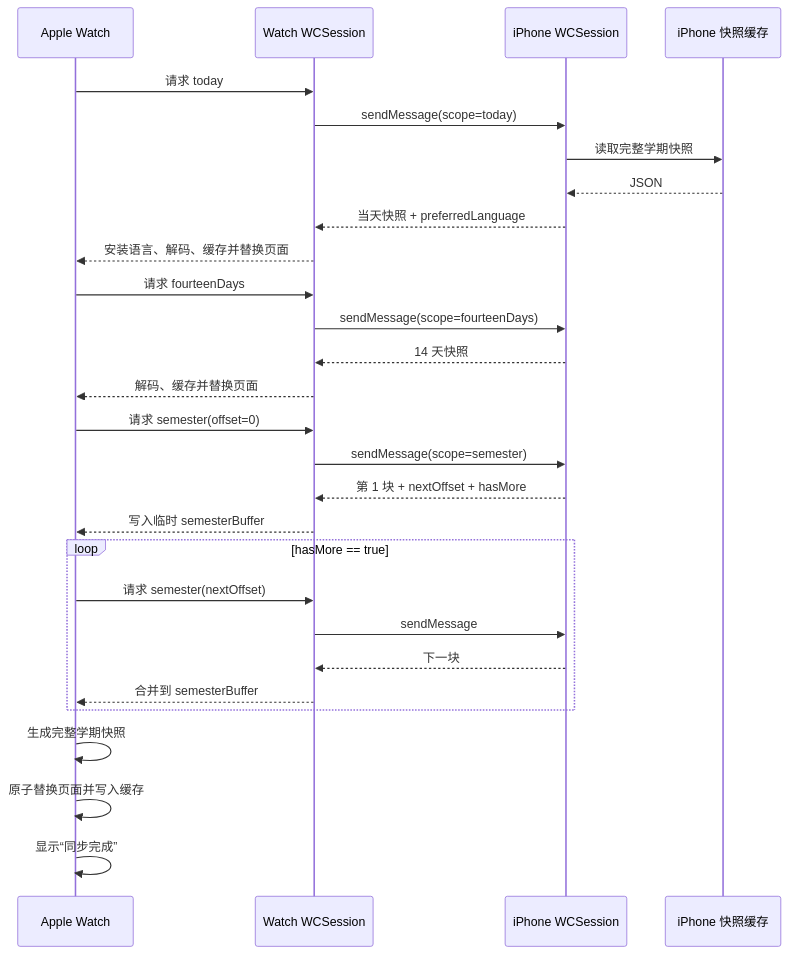
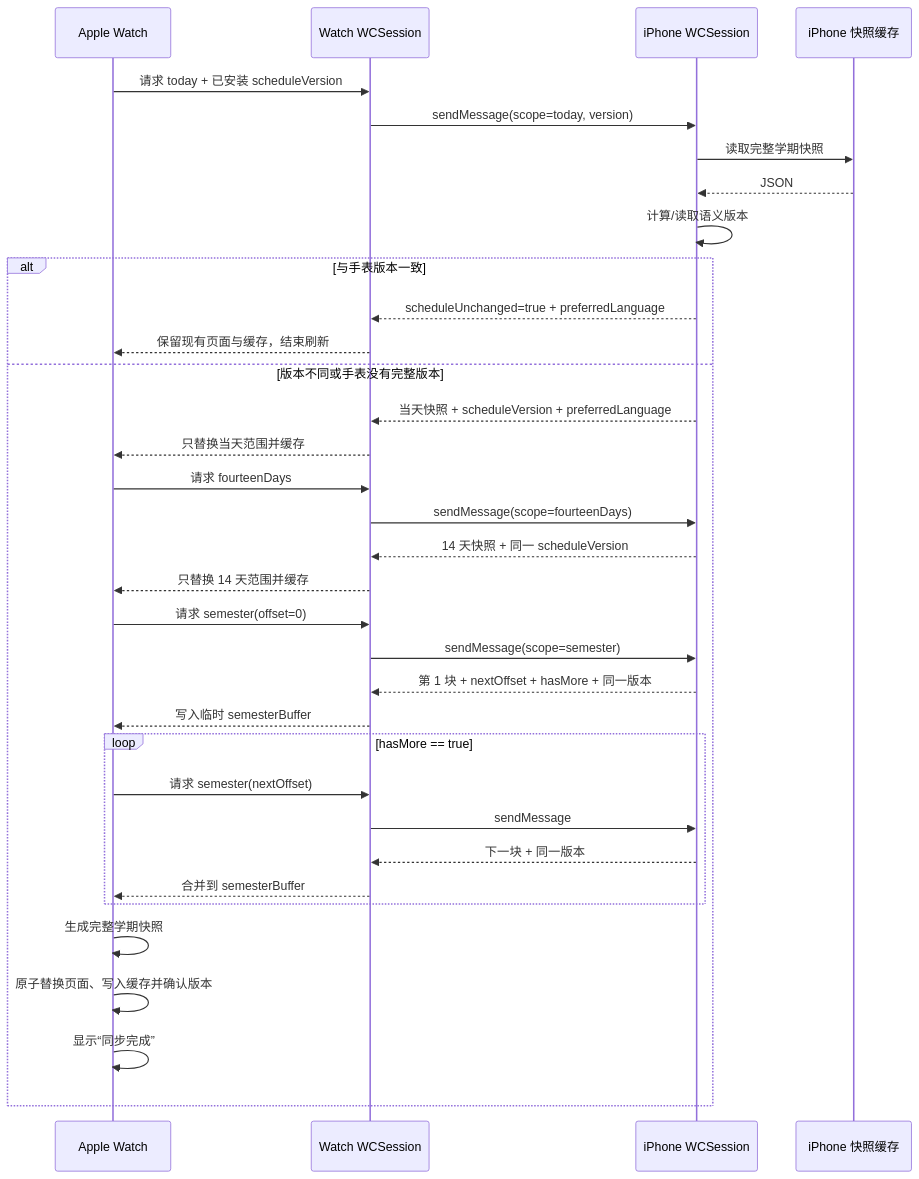
One commit to BenderBlog/traintime_pda changed the second of 3 diagrams in docs/apple_watch_technical_overview.md. Above: the diagram before and after it, drawn with Mermaid. The commit also changed other lines of this file and 7 other files, not shown here.

````diff
--- a/docs/apple_watch_technical_overview.md
+++ b/docs/apple_watch_technical_overview.md
@@ -394,35 +441,42 @@
 ```mermaid
 sequenceDiagram
     participant W as Apple Watch
     participant WC as Watch WCSession
     participant PC as iPhone WCSession
     participant P as iPhone 快照缓存
 
-    W->>WC: 请求 today
-    WC->>PC: sendMessage(scope=today)
+    W->>WC: 请求 today + 已安装 scheduleVersion
+    WC->>PC: sendMessage(scope=today, version)
     PC->>P: 读取完整学期快照
     P-->>PC: JSON
-    PC-->>WC: 当天快照 + preferredLanguage
-    WC-->>W: 安装语言、解码、缓存并替换页面
+    PC->>PC: 计算/读取语义版本
 
-    W->>WC: 请求 fourteenDays
-    WC->>PC: sendMessage(scope=fourteenDays)
-    PC-->>WC: 14 天快照
-    WC-->>W: 解码、缓存并替换页面
+    alt 与手表版本一致
+        PC-->>WC: scheduleUnchanged=true + preferredLanguage
+        WC-->>W: 保留现有页面与缓存，结束刷新
+    else 版本不同或手表没有完整版本
+        PC-->>WC: 当天快照 + scheduleVersion + preferredLanguage
+        WC-->>W: 只替换当天范围并缓存
 
-    W->>WC: 请求 semester(offset=0)
-    WC->>PC: sendMessage(scope=semester)
-    PC-->>WC: 第 1 块 + nextOffset + hasMore
-    WC-->>W: 写入临时 semesterBuffer
+        W->>WC: 请求 fourteenDays
+        WC->>PC: sendMessage(scope=fourteenDays)
+        PC-->>WC: 14 天快照 + 同一 scheduleVersion
+        WC-->>W: 只替换 14 天范围并缓存
 
-    loop hasMore == true
-        W->>WC: 请求 semester(nextOffset)
-        WC->>PC: sendMessage
-        PC-->>WC: 下一块
-        WC-->>W: 合并到 semesterBuffer
+        W->>WC: 请求 semester(offset=0)
+        WC->>PC: sendMessage(scope=semester)
+        PC-->>WC: 第 1 块 + nextOffset + hasMore + 同一版本
+        WC-->>W: 写入临时 semesterBuffer
+
+        loop hasMore == true
+            W->>WC: 请求 semester(nextOffset)
+            WC->>PC: sendMessage
+            PC-->>WC: 下一块 + 同一版本
+            WC-->>W: 合并到 semesterBuffer
+        end
+
+        W->>W: 生成完整学期快照
+        W->>W: 原子替换页面、写入缓存并确认版本
+        W->>W: 显示“同步完成”
     end
-
-    W->>W: 生成完整学期快照
-    W->>W: 原子替换页面并写入缓存
-    W->>W: 显示“同步完成”
 ```
````
